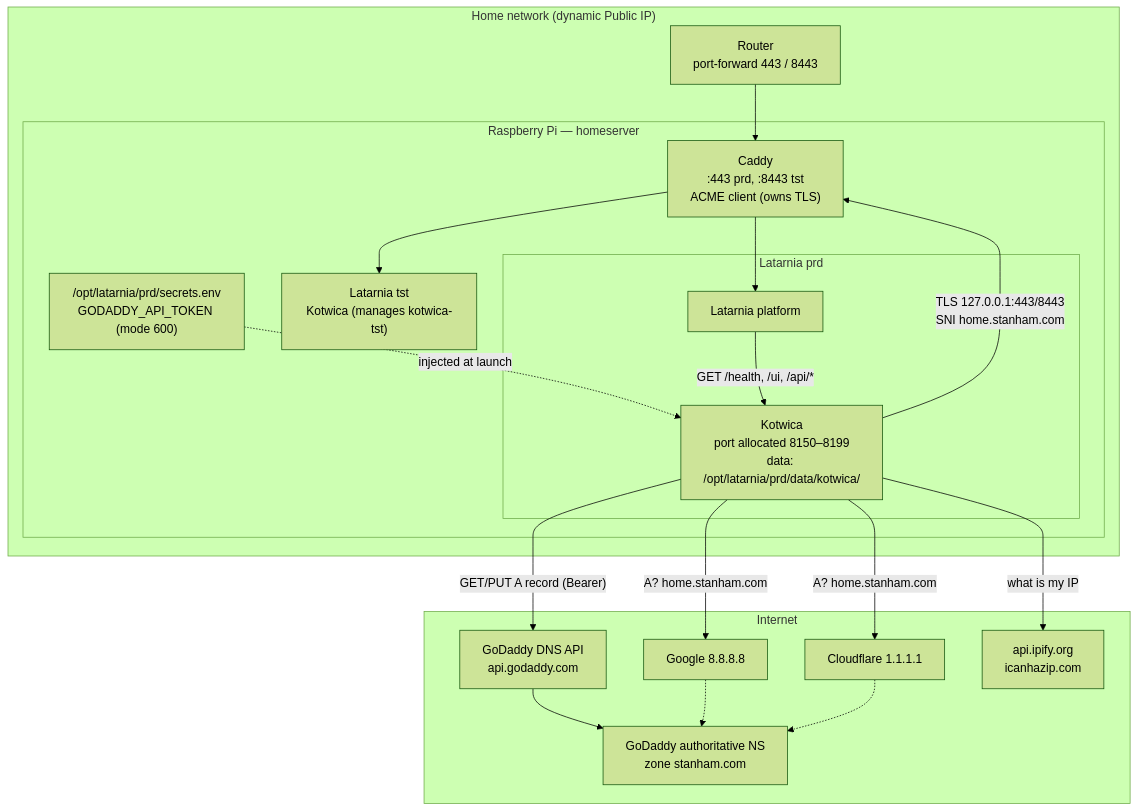
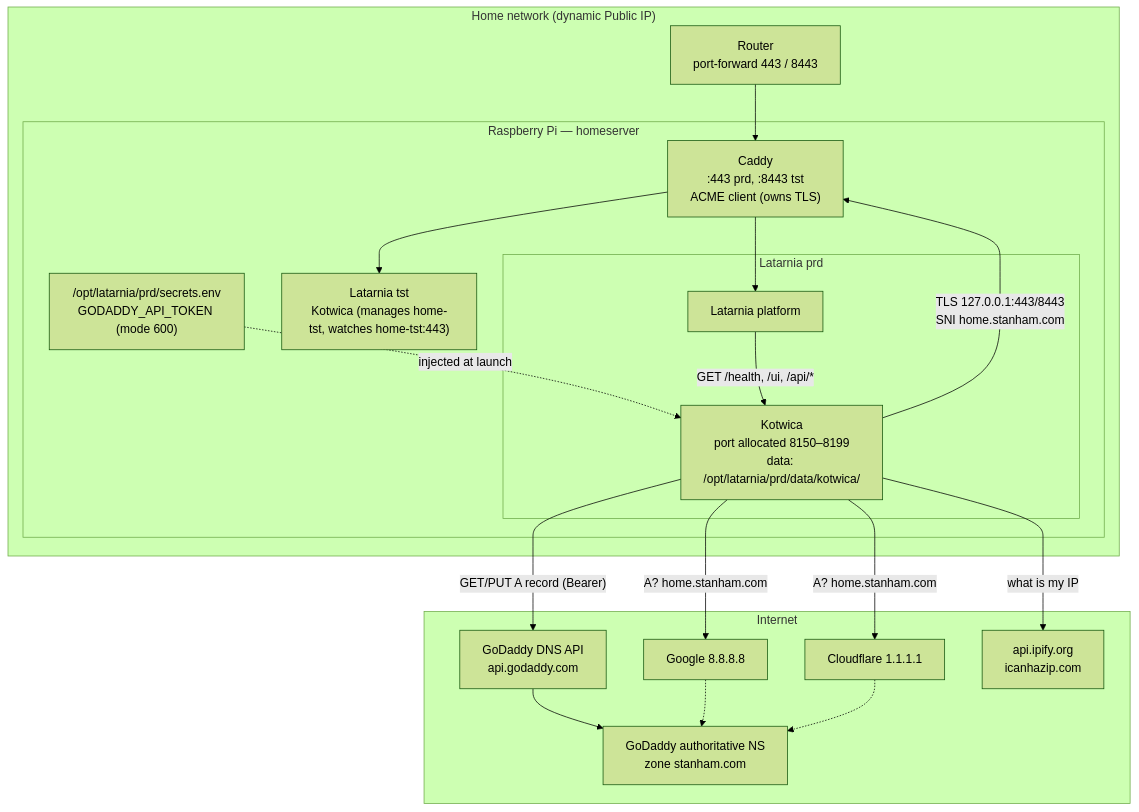
Before and after one commit to felipe-stanham/Kotwica: the second of 3 diagrams in docs/Projects/P-0001/architecture.md, drawn with Mermaid (forest theme). The commit also changed other lines of this file and 10 other files, not shown here.

First line of the commit message:
feat(T-0001): tst record is home-tst and tst watches home-tst:443

````diff
--- a/docs/Projects/P-0001/architecture.md
+++ b/docs/Projects/P-0001/architecture.md
@@ -69,36 +69,36 @@
 ```mermaid
 flowchart TB
     subgraph Internet
         GD["GoDaddy DNS API<br/>api.godaddy.com"]
         NS["GoDaddy authoritative NS<br/>zone stanham.com"]
         G8["Google 8.8.8.8"]
         CF["Cloudflare 1.1.1.1"]
         ECHO["api.ipify.org<br/>icanhazip.com"]
     end
 
     subgraph Home["Home network (dynamic Public IP)"]
         RT["Router<br/>port-forward 443 / 8443"]
         subgraph Pi["Raspberry Pi — homeserver"]
             CAD["Caddy<br/>:443 prd, :8443 tst<br/>ACME client (owns TLS)"]
             subgraph PRD["Latarnia prd"]
                 LP["Latarnia platform"]
                 K["Kotwica<br/>port allocated 8150–8199<br/>data: /opt/latarnia/prd/data/kotwica/"]
             end
-            LT["Latarnia tst<br/>Kotwica (manages kotwica-tst)"]
+            LT["Latarnia tst<br/>Kotwica (manages home-tst, watches home-tst:443)"]
             SEC["/opt/latarnia/prd/secrets.env<br/>GODADDY_API_TOKEN (mode 600)"]
         end
     end
 
     RT --> CAD
     CAD --> LP
     CAD --> LT
     SEC -. injected at launch .-> K
     LP -- "GET /health, /ui, /api/*" --> K
     K -- "GET/PUT A record (Bearer)" --> GD
     GD --> NS
     K -- "A? home.stanham.com" --> G8
     K -- "A? home.stanham.com" --> CF
     G8 & CF -.-> NS
     K -- "what is my IP" --> ECHO
     K -- "TLS 127.0.0.1:443/8443<br/>SNI home.stanham.com" --> CAD
 ```
````
